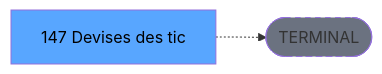
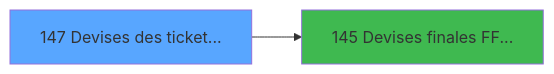
Before and after one commit to thonyAGP/magic-migration: the third of 3 diagrams in .openspec/specs/ADH-IDE-147.md, drawn with Mermaid. The commit also changed other lines of this file and 253 other files, not shown here.

````diff
--- a/.openspec/specs/ADH-IDE-147.md
+++ b/.openspec/specs/ADH-IDE-147.md
@@ -138,8 +405,8 @@
 ```mermaid
 graph LR
-    T[147 Devises des tic]
-    TERM([TERMINAL])
-    T -.-> TERM
-    style TERM fill:#6b7280,stroke-dasharray: 5 5
-    style T fill:#58a6ff,color:#000
+    T147[147 Devises des ticket...]
+    style T147 fill:#58a6ff
+    C145[145 Devises finales FF...]
+    T147 --> C145
+    style C145 fill:#3fb950
 ```
````
